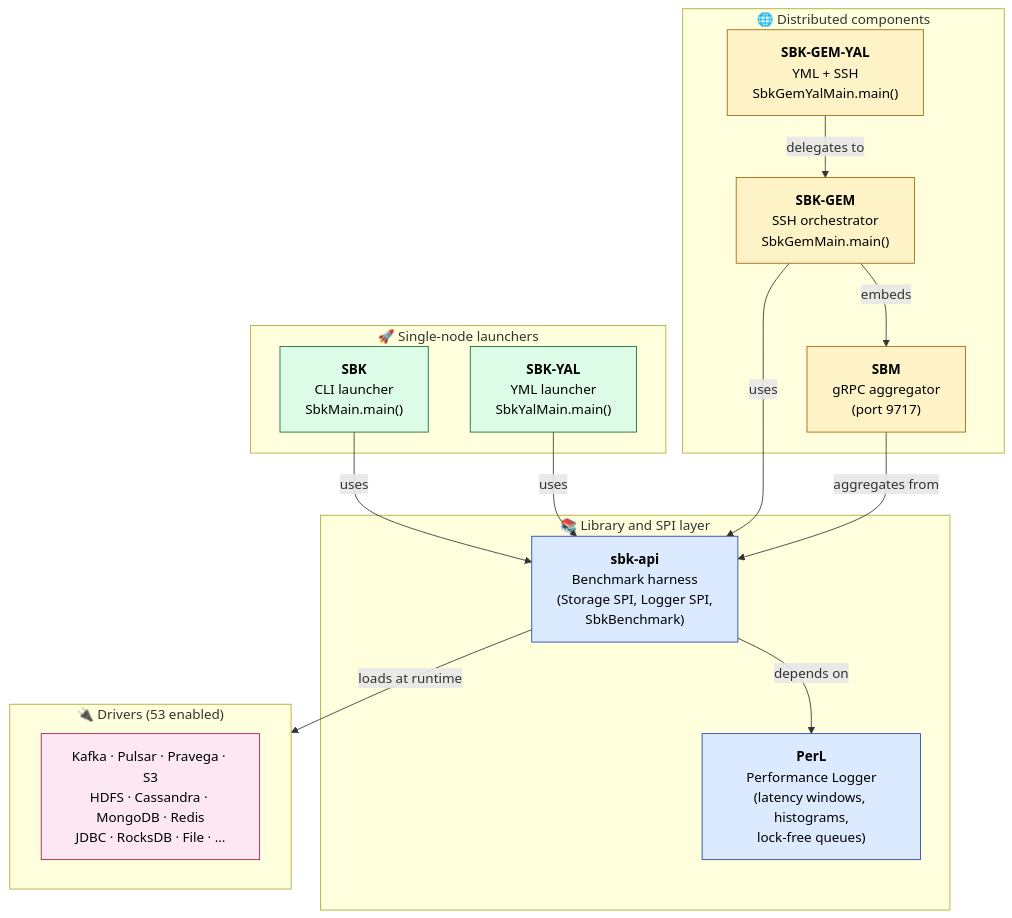
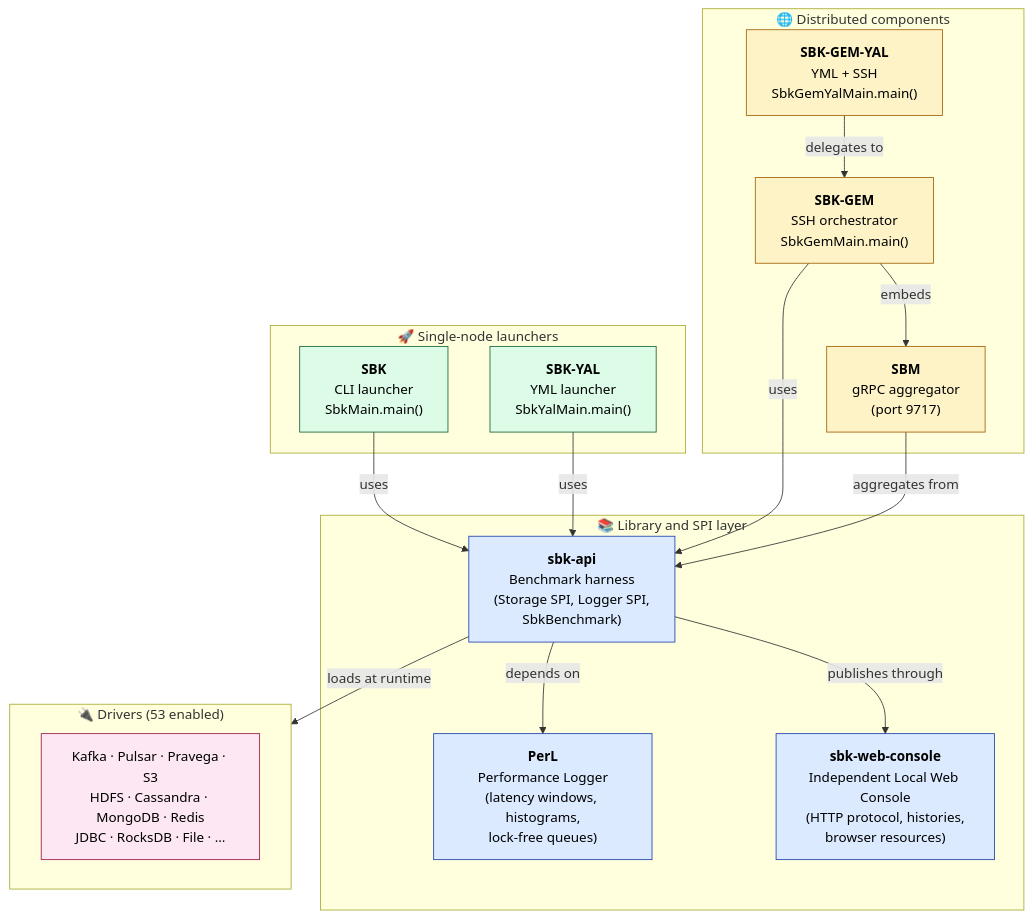
The third of 43 diagrams in docs/sbk-internals.md (kmgowda/SBK), drawn with Mermaid before and after one commit. The commit also changed other lines of this file and 22 other files, not shown here.

Commit message:
Extract reusable Web Console module

````diff
--- a/docs/sbk-internals.md
+++ b/docs/sbk-internals.md
@@ -227,41 +227,43 @@
 ```mermaid
 flowchart TB
     subgraph LIB["📚 Library and SPI layer"]
         PERL["<b>PerL</b><br/>Performance Logger<br/>(latency windows, histograms,<br/>lock-free queues)"]
+        WEB["<b>sbk-web-console</b><br/>Independent Local Web Console<br/>(HTTP protocol, histories,<br/>browser resources)"]
         API["<b>sbk-api</b><br/>Benchmark harness<br/>(Storage SPI, Logger SPI,<br/>SbkBenchmark)"]
     end
 
     subgraph LAUNCH["🚀 Single-node launchers"]
         SBK["<b>SBK</b><br/>CLI launcher<br/>SbkMain.main()"]
         YAL["<b>SBK-YAL</b><br/>YML launcher<br/>SbkYalMain.main()"]
     end
 
     subgraph DIST["🌐 Distributed components"]
         SBM["<b>SBM</b><br/>gRPC aggregator<br/>(port 9717)"]
         GEM["<b>SBK-GEM</b><br/>SSH orchestrator<br/>SbkGemMain.main()"]
         GYAL["<b>SBK-GEM-YAL</b><br/>YML + SSH<br/>SbkGemYalMain.main()"]
     end
 
     subgraph DRIVERS["🔌 Drivers (53 enabled)"]
         DRV["Kafka · Pulsar · Pravega · S3<br/>HDFS · Cassandra · MongoDB · Redis<br/>JDBC · RocksDB · File · …"]
     end
 
     API -->|depends on| PERL
+    API -->|publishes through| WEB
     SBK -->|uses| API
     YAL -->|uses| API
     GEM -->|uses| API
     GEM -->|embeds| SBM
     GYAL -->|delegates to| GEM
     SBM -->|aggregates from| API
     API -->|loads at runtime| DRIVERS
 
     classDef lib fill:#dbeafe,stroke:#1e40af,color:#000
     classDef launch fill:#dcfce7,stroke:#166534,color:#000
     classDef dist fill:#fef3c7,stroke:#a16207,color:#000
     classDef drv fill:#fce7f3,stroke:#9d174d,color:#000
 
-    class PERL,API lib
+    class PERL,WEB,API lib
     class SBK,YAL launch
     class SBM,GEM,GYAL dist
     class DRV drv
 ```
````
